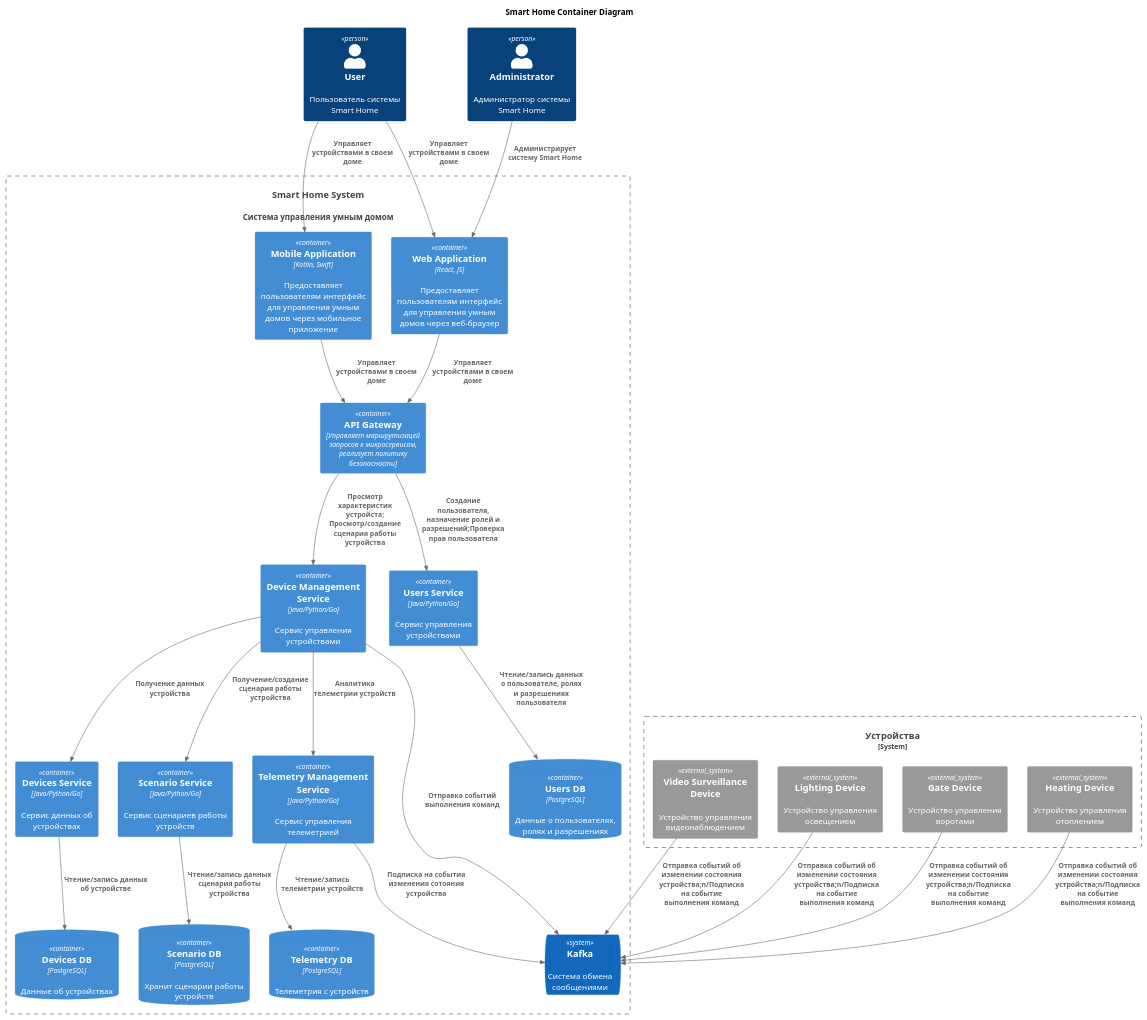
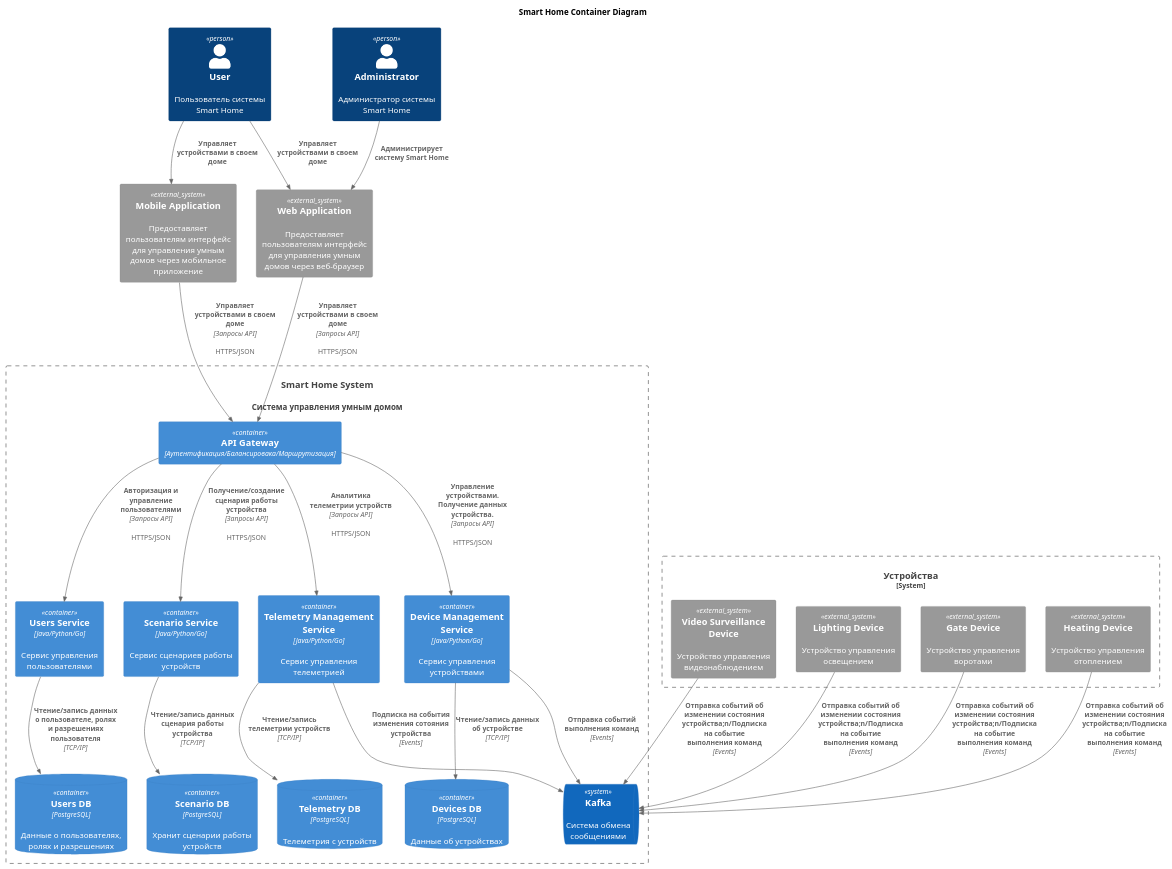
Before and after one commit to wiky-avis/architecture-sprint-3: the diagram in docs/diagrams/to_be/container/Container.puml, drawn with PlantUML. The commit also changed 11 other files, not shown here.

```diff
--- a/docs/diagrams/to_be/container/Container.puml
+++ b/docs/diagrams/to_be/container/Container.puml
@@ -1,57 +1,56 @@
 @startuml
 title Smart Home Container Diagram
 
 top to bottom direction
 
 !includeurl https://raw.githubusercontent.com/RicardoNiepel/C4-PlantUML/master/C4_Component.puml
 
 Person(user, "User", "Пользователь системы Smart Home")
 Person(admin, "Administrator", "Администратор системы Smart Home")
 System(SmartHomeSystem, "Smart Home System", "Система управления умным домом")
 
+System_Ext(WebApp, "Web Application", "Предоставляет пользователям интерфейс для управления умным домов через веб-браузер")
+System_Ext(MobileApp, "Mobile Application", "Предоставляет пользователям интерфейс для управления умным домов через мобильное приложение")
+
 Container_Boundary(SmartHomeSystem, "Smart Home System") {
-  Container(WebApp, "Web Application", "React, JS", "Предоставляет пользователям интерфейс для управления умным домов через веб-браузер")
-  Container(MobileApp, "Mobile Application", "Kotlin, Swift", "Предоставляет пользователям интерфейс для управления умным домов через мобильное приложение")
-  Container(ApiGateway, "API Gateway", "Управляет маршрутизацей запросов к микросервисам, реализует политику безопасности")
+  Container(ApiGateway, "API Gateway", "Аутентификация/Балансировака/Маршрутизация")
   Container(TelemetryManagementService, "Telemetry Management Service", "Java/Python/Go", "Сервис управления телеметрией")
   ContainerDb(TelemetryDatabase, "Telemetry DB", "PostgreSQL", "Телеметрия с устройств")
   Container(DeviceManagementService, "Device Management Service", "Java/Python/Go", "Сервис управления устройствами")
-  Container(DevicesService, "Devices Service", "Java/Python/Go", "Сервис данных об устройствах")
   ContainerDb(DevicesDatabase, "Devices DB", "PostgreSQL", "Данные об устройствах")
-  Container(UsersService, "Users Service", "Java/Python/Go", "Сервис управления устройствами")
+  Container(UsersService, "Users Service", "Java/Python/Go", "Сервис управления пользователями")
   ContainerDb(UsersDatabase, "Users DB", "PostgreSQL", "Данные о пользователях, ролях и разрешениях")
   Container(ScenarioService, "Scenario Service", "Java/Python/Go", "Сервис сценариев работы устройств")
   ContainerDb(ScenarioDatabase, "Scenario DB", "PostgreSQL", "Хранит сценарии работы устройств")
   SystemQueue(kafka, "Kafka", "Система обмена сообщениями")
 }
 
 System_Boundary(devices, "Устройства") {
     System_Ext(HeatingDevice, "Heating Device", "Устройство управления отоплением")
     System_Ext(VideoSurveillanceDevice, "Video Surveillance Device", "Устройство управления видеонаблюдением")
     System_Ext(LightingDevice, "Lighting Device", "Устройство управления освещением")
     System_Ext(GateDevice, "Gate Device", "Устройство управления воротами")
 }
 
 Rel(user, WebApp, "Управляет устройствами в своем доме")
 Rel(user, MobileApp, "Управляет устройствами в своем доме")
 Rel(admin, WebApp,"Администрирует систему Smart Home")
-Rel(WebApp, ApiGateway,"Управляет устройствами в своем доме")
-Rel(MobileApp, ApiGateway,"Управляет устройствами в своем доме")
-Rel(TelemetryManagementService, TelemetryDatabase,"Чтение/запись телеметрии устройств")
-Rel(DevicesService, DevicesDatabase,"Чтение/запись данных об устройстве")
-Rel(UsersService, UsersDatabase,"Чтение/запись данных о пользователе, ролях и разрешениях пользователя")
-Rel(ScenarioService, ScenarioDatabase,"Чтение/запись данных сценария работы устройства")
+Rel(WebApp, ApiGateway,"Управляет устройствами в своем доме", "Запросы API", "HTTPS/JSON")
+Rel(MobileApp, ApiGateway,"Управляет устройствами в своем доме", "Запросы API", "HTTPS/JSON")
+Rel(TelemetryManagementService, TelemetryDatabase,"Чтение/запись телеметрии устройств", "TCP/IP")
+Rel(DeviceManagementService, DevicesDatabase,"Чтение/запись данных об устройстве", "TCP/IP")
+Rel(UsersService, UsersDatabase,"Чтение/запись данных о пользователе, ролях и разрешениях пользователя", "TCP/IP")
+Rel(ScenarioService, ScenarioDatabase,"Чтение/запись данных сценария работы устройства", "TCP/IP")
 
-Rel(ApiGateway,DeviceManagementService, "Просмотр характеристик устройста; Просмотр/создание сценария работы устройства")
-Rel(ApiGateway,UsersService, "Создание пользователя, назначение ролей и разрешений;Проверка прав пользователя")
-Rel(HeatingDevice,kafka, "Отправка событий об изменении состояния устройства;n/Подписка на событие выполнения команд")
-Rel(VideoSurveillanceDevice,kafka, "Отправка событий об изменении состояния устройства;n/Подписка на событие выполнения команд")
-Rel(LightingDevice,kafka, "Отправка событий об изменении состояния устройства;n/Подписка на событие выполнения команд")
-Rel(GateDevice,kafka, "Отправка событий об изменении состояния устройства;n/Подписка на событие выполнения команд")
-Rel(DeviceManagementService,kafka, "Отправка событий выполнения команд")
-Rel(TelemetryManagementService,kafka, "Подписка на события изменения сотояния устройства")
-Rel(DeviceManagementService,ScenarioService, "Получение/создание сценария работы устройства")
-Rel(DeviceManagementService,TelemetryManagementService, "Аналитика телеметрии устройств")
-Rel(DeviceManagementService, DevicesService, "Получение данных устройства")
+Rel(ApiGateway,DeviceManagementService, "Управление устройствами. Получение данных устройства.", "Запросы API", "HTTPS/JSON")
+Rel(ApiGateway,UsersService, "Авторизация и управление пользователями", "Запросы API", "HTTPS/JSON")
+Rel(HeatingDevice,kafka, "Отправка событий об изменении состояния устройства;n/Подписка на событие выполнения команд", "Events")
+Rel(VideoSurveillanceDevice,kafka, "Отправка событий об изменении состояния устройства;n/Подписка на событие выполнения команд", "Events")
+Rel(LightingDevice,kafka, "Отправка событий об изменении состояния устройства;n/Подписка на событие выполнения команд", "Events")
+Rel(GateDevice,kafka, "Отправка событий об изменении состояния устройства;n/Подписка на событие выполнения команд", "Events")
+Rel(DeviceManagementService,kafka, "Отправка событий выполнения команд", "Events")
+Rel(TelemetryManagementService,kafka, "Подписка на события изменения сотояния устройства", "Events")
+Rel(ApiGateway,ScenarioService, "Получение/создание сценария работы устройства", "Запросы API", "HTTPS/JSON")
+Rel(ApiGateway,TelemetryManagementService, "Аналитика телеметрии устройств", "Запросы API", "HTTPS/JSON")
 
 @enduml
```
